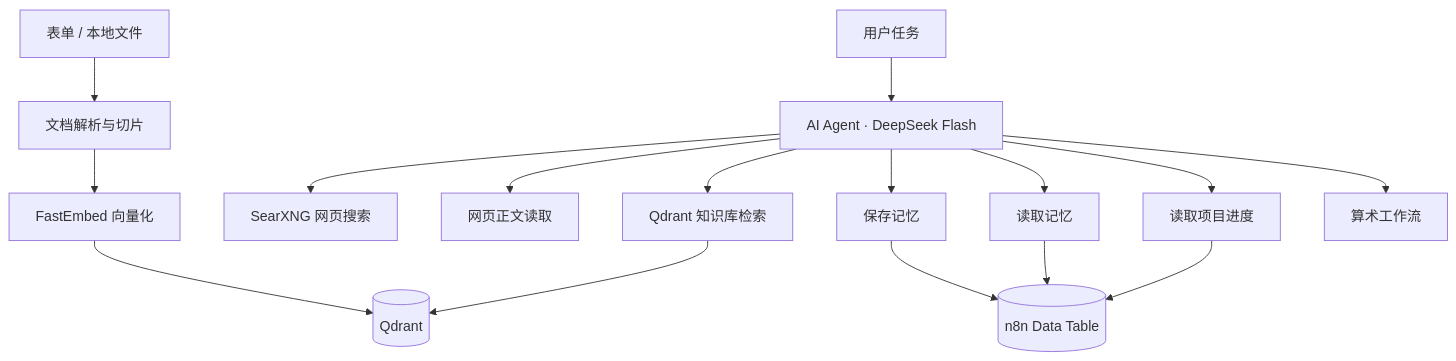
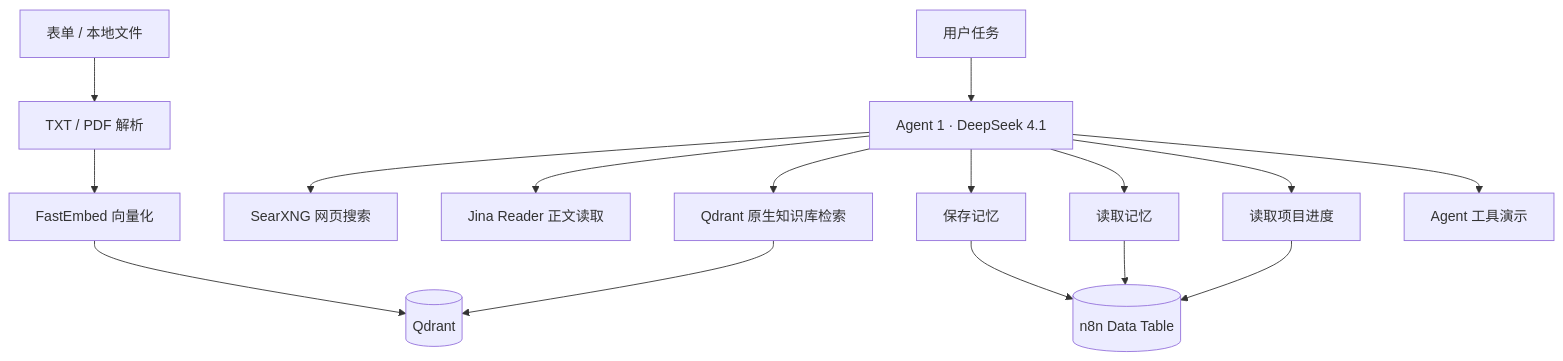
One commit to z15314102792-arch/Xiang-Mu changed the diagram in projects/n8n-agent/README.md. Above: the diagram before and after it, drawn with Mermaid. The commit also changed other lines of this file, not shown here.

Commit message:
Refresh n8n Agent project documentation README.md

````diff
--- a/projects/n8n-agent/README.md
+++ b/projects/n8n-agent/README.md
@@ -28,18 +21,18 @@
 ```mermaid
 flowchart TD
-    U[用户任务] --> A[AI Agent · DeepSeek Flash]
+    U[用户任务] --> A[Agent 1 · DeepSeek 4.1]
     A --> S[SearXNG 网页搜索]
-    A --> R[网页正文读取]
-    A --> Q[Qdrant 知识库检索]
+    A --> R[Jina Reader 正文读取]
+    A --> Q[Qdrant 原生知识库检索]
     A --> M1[保存记忆]
     A --> M2[读取记忆]
     A --> P[读取项目进度]
-    A --> C[算术工作流]
+    A --> C[Agent 工具演示]
     M1 --> T[(n8n Data Table)]
     M2 --> T
     P --> T
-    F[表单 / 本地文件] --> L[文档解析与切片]
+    F[表单 / 本地文件] --> L[TXT / PDF 解析]
     L --> E[FastEmbed 向量化]
     E --> V[(Qdrant)]
     Q --> V
 ```
````
